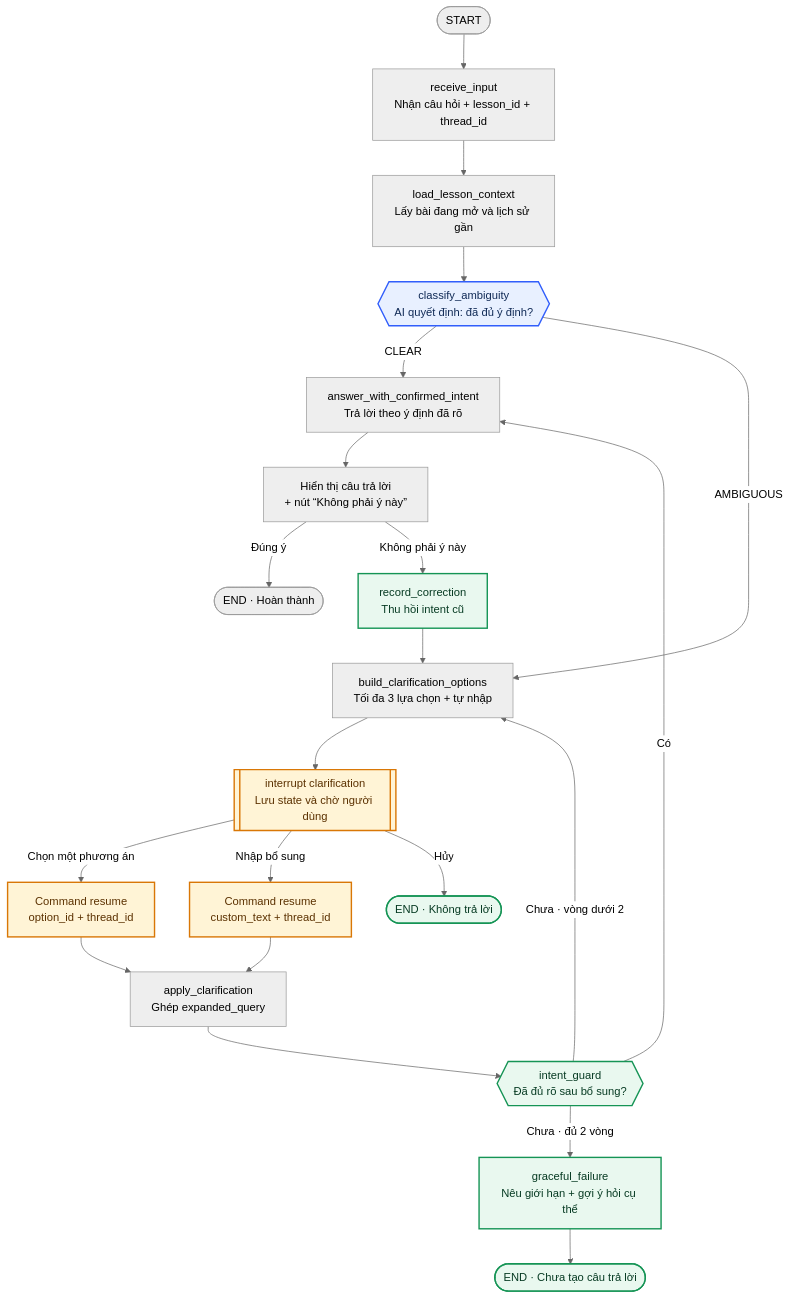
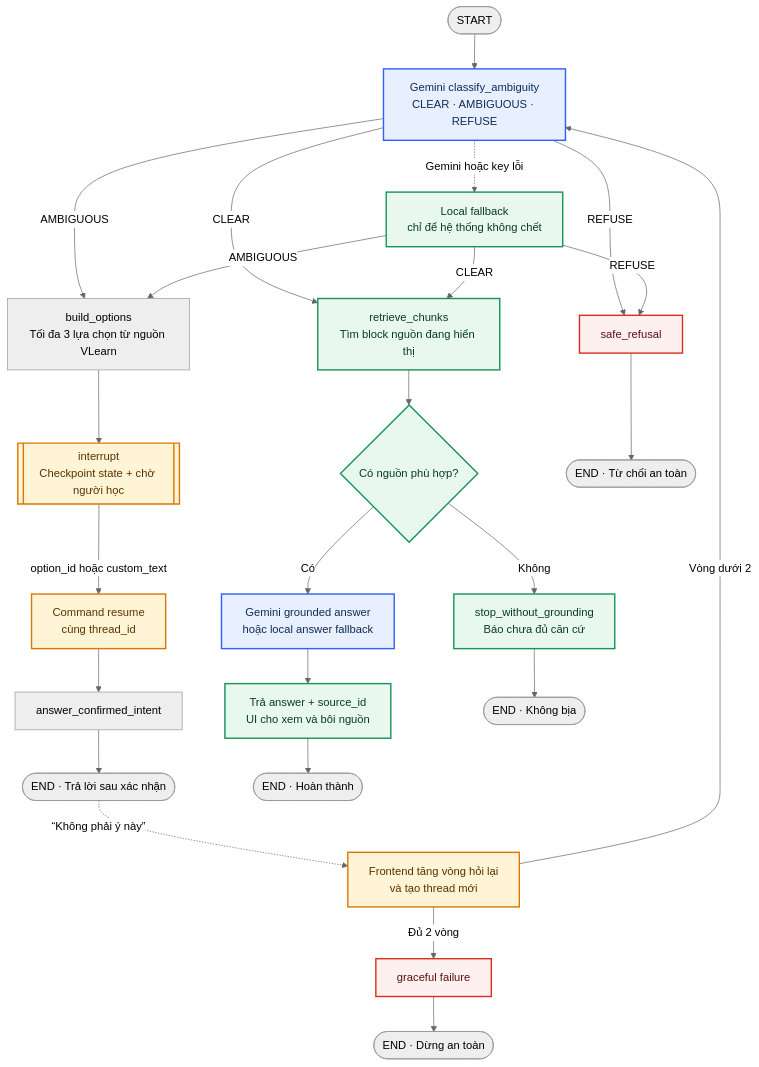
Before and after one commit to Clownnvd/K4-3B-E403-kingpro: the diagram in docs/A1-LANGGRAPH-FLOW.md, drawn with Mermaid (neutral theme). The commit also changed other lines of this file and 7 other files, not shown here.

````diff
--- a/docs/A1-LANGGRAPH-FLOW.md
+++ b/docs/A1-LANGGRAPH-FLOW.md
@@ -7,35 +5,39 @@
 ```mermaid
 flowchart TD
-    START([START]) --> RECEIVE[receive_input<br/>Nhận câu hỏi + lesson_id + thread_id]
-    RECEIVE --> CONTEXT[load_lesson_context<br/>Lấy bài đang mở và lịch sử gần]
-    CONTEXT --> CLASSIFY{{classify_ambiguity<br/>AI quyết định: đã đủ ý định?}}
+    START([START]) --> CLASSIFY[Gemini classify_ambiguity<br/>CLEAR · AMBIGUOUS · REFUSE]
+    CLASSIFY -. Gemini hoặc key lỗi .-> FALLBACK[Local fallback<br/>chỉ để hệ thống không chết]
 
-    CLASSIFY -->|CLEAR| ANSWER[answer_with_confirmed_intent<br/>Trả lời theo ý định đã rõ]
-    CLASSIFY -->|AMBIGUOUS| OPTIONS[build_clarification_options<br/>Tối đa 3 lựa chọn + tự nhập]
+    CLASSIFY -->|AMBIGUOUS| OPTIONS[build_options<br/>Tối đa 3 lựa chọn từ nguồn VLearn]
+    FALLBACK -->|AMBIGUOUS| OPTIONS
+    OPTIONS --> INTERRUPT[[interrupt<br/>Checkpoint state + chờ người học]]
+    INTERRUPT -->|option_id hoặc custom_text| RESUME[Command resume<br/>cùng thread_id]
+    RESUME --> CONFIRMED[answer_confirmed_intent]
+    CONFIRMED --> END_AMB([END · Trả lời sau xác nhận])
 
-    OPTIONS --> PAUSE[[interrupt clarification<br/>Lưu state và chờ người dùng]]
-    PAUSE -->|Chọn một phương án| RESUME[Command resume<br/>option_id + thread_id]
-    PAUSE -->|Nhập bổ sung| RESUME_CUSTOM[Command resume<br/>custom_text + thread_id]
-    PAUSE -->|Hủy| CANCEL([END · Không trả lời])
+    CLASSIFY -->|CLEAR| RETRIEVE[retrieve_chunks<br/>Tìm block nguồn đang hiển thị]
+    FALLBACK -->|CLEAR| RETRIEVE
+    RETRIEVE --> GROUNDED{Có nguồn phù hợp?}
+    GROUNDED -->|Không| NO_SOURCE[stop_without_grounding<br/>Báo chưa đủ căn cứ]
+    GROUNDED -->|Có| ANSWER[Gemini grounded answer<br/>hoặc local answer fallback]
+    ANSWER --> SOURCE[Trả answer + source_id<br/>UI cho xem và bôi nguồn]
+    SOURCE --> END_CLEAR([END · Hoàn thành])
+    NO_SOURCE --> END_NO_SOURCE([END · Không bịa])
 
-    RESUME --> MERGE[apply_clarification<br/>Ghép expanded_query]
-    RESUME_CUSTOM --> MERGE
-    MERGE --> RECHECK{{intent_guard<br/>Đã đủ rõ sau bổ sung?}}
+    CLASSIFY -->|REFUSE| REFUSE[safe_refusal]
+    FALLBACK -->|REFUSE| REFUSE
+    REFUSE --> END_REFUSE([END · Từ chối an toàn])
 
-    RECHECK -->|Có| ANSWER
-    RECHECK -->|Chưa · vòng dưới 2| OPTIONS
-    RECHECK -->|Chưa · đủ 2 vòng| HANDOFF[graceful_failure<br/>Nêu giới hạn + gợi ý hỏi cụ thể]
-    HANDOFF --> END_FAIL([END · Chưa tạo câu trả lời])
-
-    ANSWER --> SHOW[Hiển thị câu trả lời<br/>+ nút “Không phải ý này”]
-    SHOW -->|Đúng ý| END_OK([END · Hoàn thành])
-    SHOW -->|Không phải ý này| CORRECT[record_correction<br/>Thu hồi intent cũ]
-    CORRECT --> OPTIONS
+    END_AMB -. “Không phải ý này” .-> CORRECTION[Frontend tăng vòng hỏi lại<br/>và tạo thread mới]
+    CORRECTION -->|Vòng dưới 2| CLASSIFY
+    CORRECTION -->|Đủ 2 vòng| FAIL[graceful failure]
+    FAIL --> END_FAIL([END · Dừng an toàn])
 
     classDef ai fill:#e8f0ff,stroke:#315efb,color:#102a56,stroke-width:2px;
     classDef human fill:#fff4d6,stroke:#d97706,color:#5b3100,stroke-width:2px;
     classDef safe fill:#e9f8ef,stroke:#159455,color:#073b23,stroke-width:2px;
-    class CLASSIFY ai;
-    class PAUSE,RESUME,RESUME_CUSTOM human;
-    class RECHECK,CANCEL,HANDOFF,END_FAIL,CORRECT safe;
+    classDef danger fill:#fff0f0,stroke:#d92d20,color:#5c1111,stroke-width:2px;
+    class CLASSIFY,ANSWER ai;
+    class INTERRUPT,RESUME,CORRECTION human;
+    class RETRIEVE,GROUNDED,SOURCE,NO_SOURCE,FALLBACK safe;
+    class REFUSE,FAIL danger;
 ```
````
